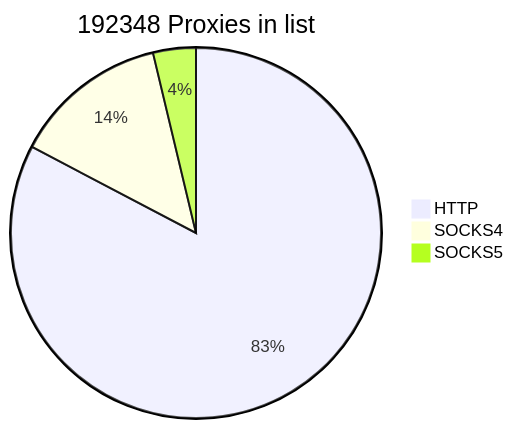
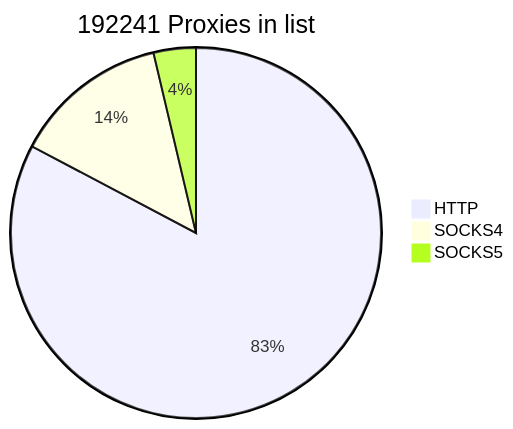
The first of 2 diagrams in README.md (cutipu/proxylist), drawn with Mermaid before and after one commit. The commit also changed other lines of this file, not shown here.

````diff
--- a/README.md
+++ b/README.md
@@ -2,7 +2,7 @@
 ```mermaid
-pie title 192348 Proxies in list
-    "HTTP" : 159069
+pie title 192241 Proxies in list
+    "HTTP" : 159050
     "SOCKS4" : 26100
-    "SOCKS5" : 7179
+    "SOCKS5" : 7091
             
 ```
````
